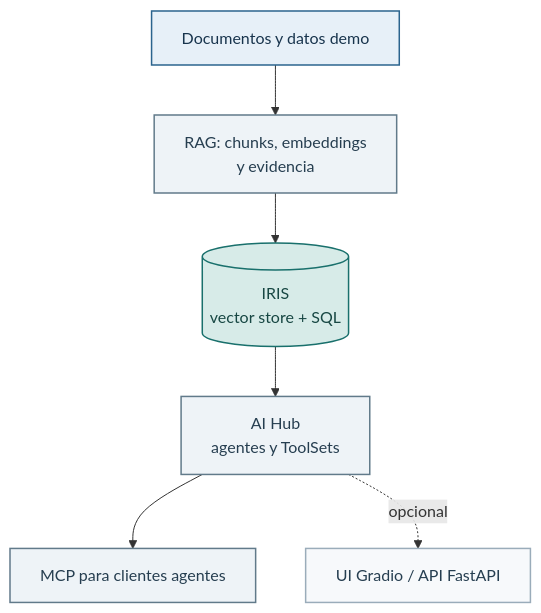
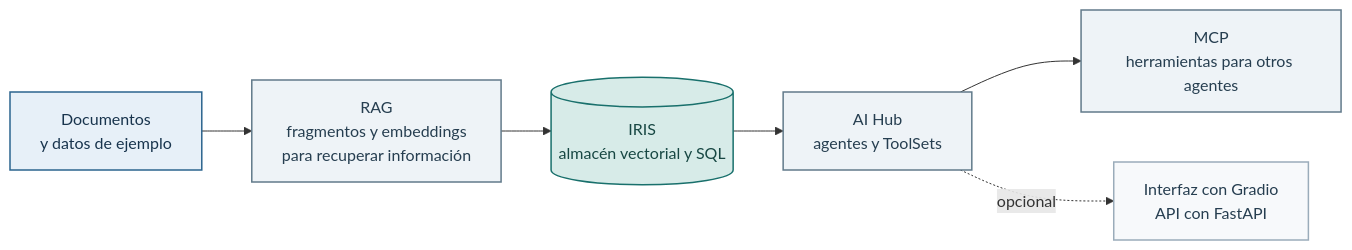
Before and after one commit to intersystems-ib/curso-ia-asistentes-iris: the diagram in README.md, drawn with Mermaid. The commit also changed other lines of this file and 4 other files, not shown here.

````diff
--- a/README.md
+++ b/README.md
@@ -16,16 +16,16 @@
 ```mermaid
-flowchart TB
-    Sources[Documentos y datos demo] --> RAG[RAG: chunks, embeddings<br/>y evidencia]
-    RAG --> IRIS[(IRIS<br/>vector store + SQL)]
+flowchart LR
+    Sources[Documentos<br/>y datos de ejemplo] --> RAG[RAG<br/>fragmentos y embeddings<br/>para recuperar información]
+    RAG --> IRIS[(IRIS<br/>almacén vectorial y SQL)]
     IRIS --> Agent[AI Hub<br/>agentes y ToolSets]
-    Agent --> MCP[MCP para clientes agentes]
-    Agent -. opcional .-> UI[UI Gradio / API FastAPI]
+    Agent --> MCP[MCP<br/>herramientas para otros agentes]
+    Agent -. opcional .-> UI[Interfaz con Gradio<br/>API con FastAPI]
     classDef input fill:#E7F0F8,stroke:#2B648E,color:#18344D,stroke-width:1.5px;
     classDef process fill:#EEF3F7,stroke:#617A8A,color:#263E50,stroke-width:1.5px;
     classDef iris fill:#D7EBE8,stroke:#19706C,color:#174743,stroke-width:1.5px;
     classDef optional fill:#F7F9FB,stroke:#9AACBA,color:#263E50,stroke-width:1.5px;
     class Sources input;
     class RAG,Agent,MCP process;
     class IRIS iris;
     class UI optional;
 ```
````
